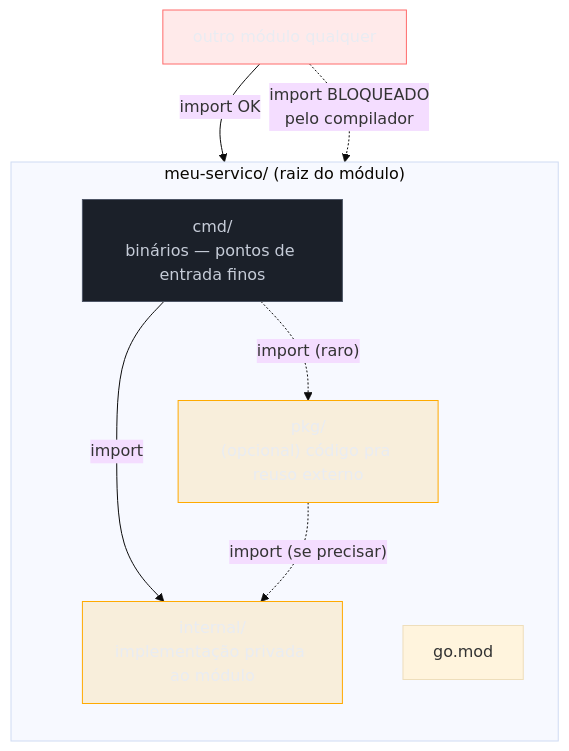
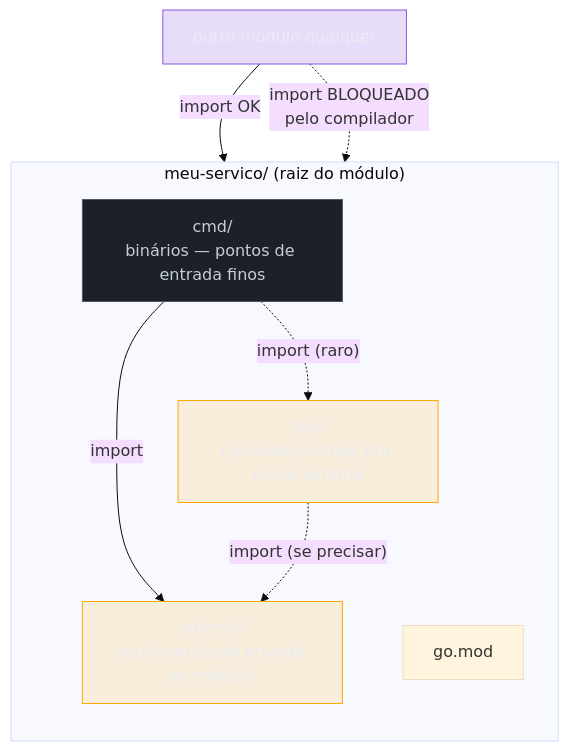
The diagram in 03-Dominios/Tecnologia/Go/14 - Microservices e arquitetura/01 - Project layout — cmd, internal, pkg.md (josenaldo/codex-technomanticus), drawn with Mermaid (base theme) before and after one commit. The commit also changed 601 other files, not shown here.

````diff
--- a/03-Dominios/Tecnologia/Go/14 - Microservices e arquitetura/01 - Project layout — cmd, internal, pkg.md
+++ b/03-Dominios/Tecnologia/Go/14 - Microservices e arquitetura/01 - Project layout — cmd, internal, pkg.md
@@ -31,25 +31,25 @@
 ```mermaid
 flowchart TB
+    classDef marca fill:#8855DF33,stroke:#8855DF,color:#E9ECF2
     classDef destaque fill:#FFAA0024,stroke:#FFAA00,color:#E9ECF2
     classDef neutro fill:#1B2029,stroke:#4E5666,color:#C6CCD8
-    classDef falha fill:#FF6B6B24,stroke:#FF6B6B,color:#E9ECF2
     subgraph Root["meu-servico/ (raiz do módulo)"]
         direction TB
         CMD["cmd/\nbinários — pontos de entrada finos"]
         INT["internal/\nimplementação privada ao módulo"]
         PKG["pkg/\n(opcional) código pra reuso externo"]
         GOMOD["go.mod"]
     end
 
     CMD -->|"import"| INT
     PKG -.->|"import (se precisar)"| INT
     CMD -.->|"import (raro)"| PKG
 
     OUT["outro módulo qualquer"] -->|"import OK"| PKG
     OUT -.->|"import BLOQUEADO\npelo compilador"| INT
 
     class INT destaque
     class CMD neutro
     class PKG destaque
-    class OUT falha
+    class OUT marca
 ```
````
